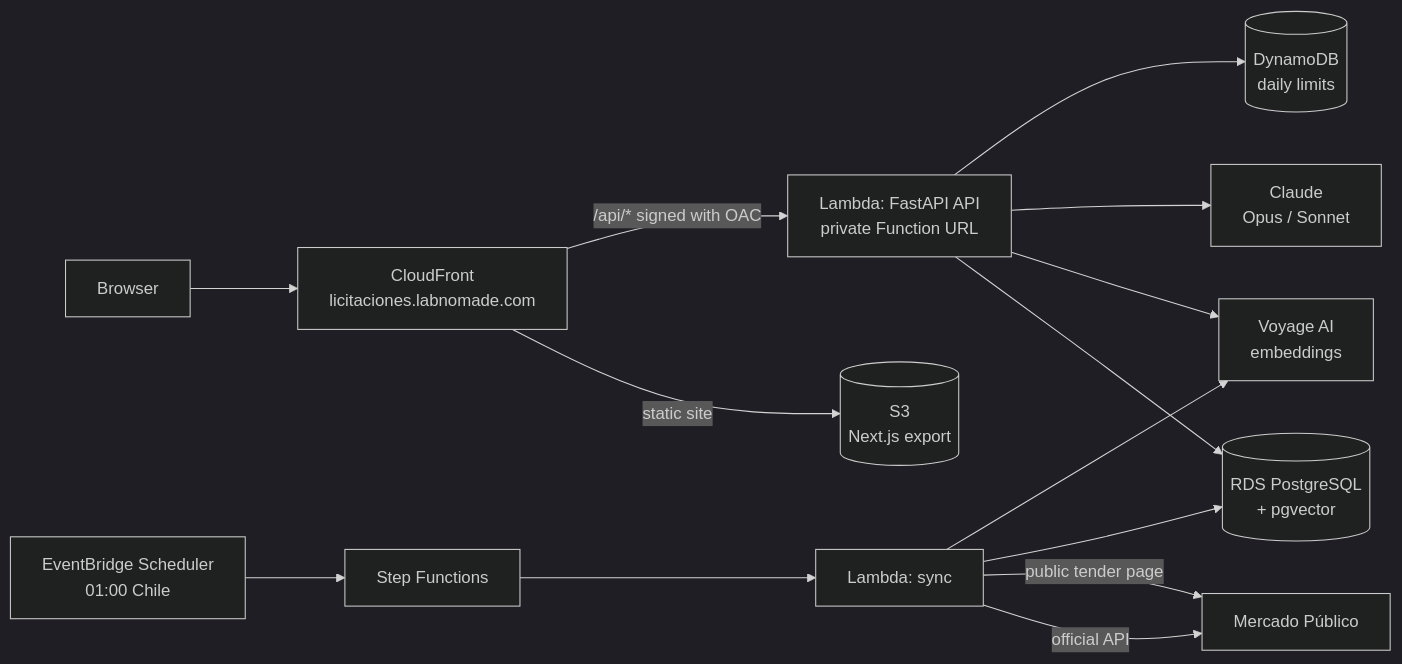
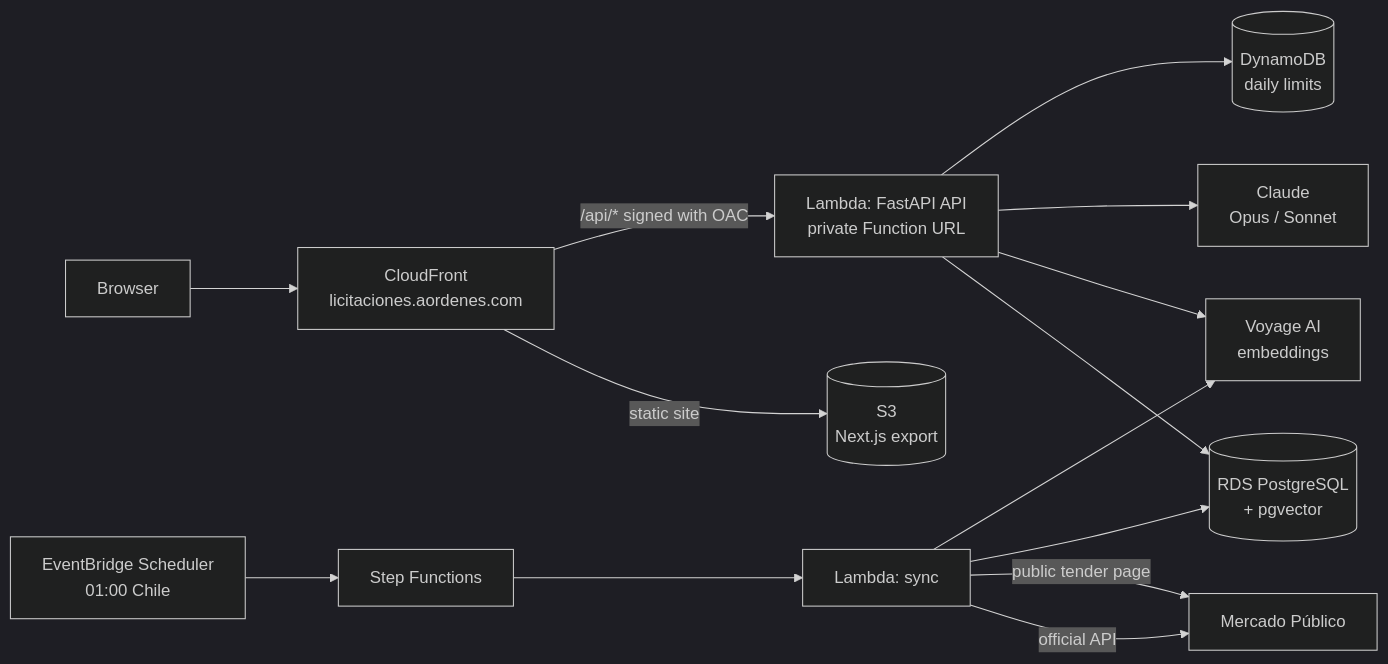
One commit to AlejandroOrdenes/compras-publicas-ai changed the diagram in README.md. Above: the diagram before and after it, drawn with Mermaid (dark theme). The commit also changed other lines of this file, not shown here.

Commit message:
Live demo moved to licitaciones.aordenes.com

````diff
--- a/README.md
+++ b/README.md
@@ -23,17 +23,17 @@
 ```mermaid
 flowchart LR
-    U[Browser] --> CF[CloudFront<br/>licitaciones.labnomade.com]
+    U[Browser] --> CF[CloudFront<br/>licitaciones.aordenes.com]
     CF -->|static site| S3[(S3<br/>Next.js export)]
     CF -->|/api/* signed with OAC| API[Lambda: FastAPI API<br/>private Function URL]
     API --> DB[(RDS PostgreSQL<br/>+ pgvector)]
     API --> VO[Voyage AI<br/>embeddings]
     API --> CL[Claude<br/>Opus / Sonnet]
     API --> DY[(DynamoDB<br/>daily limits)]
 
     EB[EventBridge Scheduler<br/>01:00 Chile] --> SF[Step Functions]
     SF --> SY[Lambda: sync]
     SY -->|official API| MP[Mercado Público]
     SY -->|public tender page| MP
     SY --> DB
     SY --> VO
 ```
````
